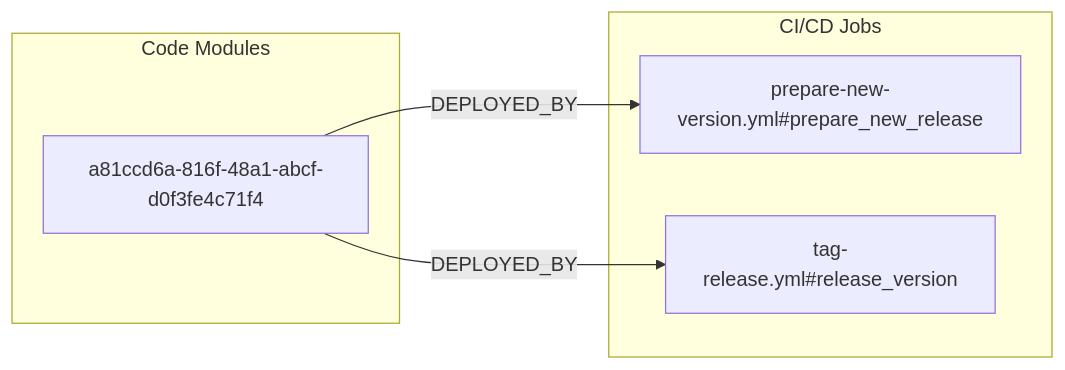
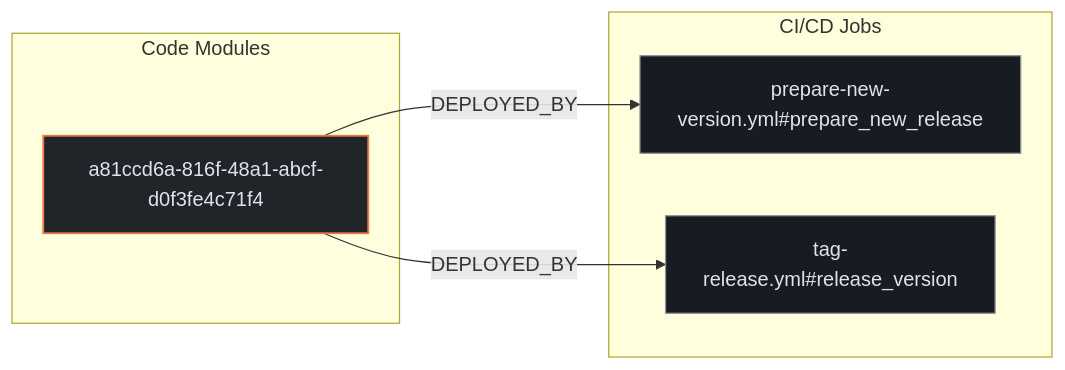
The second of 3 diagrams in exports/latest/reports/goharbor-go-client-report.md (kumarshaz/atruss-code-atlas), drawn with Mermaid before and after one commit. The commit also changed other lines of this file and 331 other files, not shown here.

Commit message:
docs,ui,fix: update SDLC docs, reorder CI/CD DAG first, stylize Mermaid, and fix Arc42 pipeline topology

````diff
--- a/exports/latest/reports/goharbor-go-client-report.md
+++ b/exports/latest/reports/goharbor-go-client-report.md
@@ -179,12 +186,16 @@
 ```mermaid
 flowchart LR
+    classDef atlasCategory fill:#212428,stroke:#E87A48,stroke-width:1.5px,color:#dfe3eb
+    classDef atlasWorkflow fill:#1b2026,stroke:#a3c9ff,stroke-width:1.5px,color:#dfe3eb
+    classDef atlasJob fill:#171c22,stroke:#8d9199,stroke-width:1px,color:#dfe3eb
+    classDef atlasTarget fill:#005227,stroke:#8bd99b,stroke-width:1.5px,color:#a7f6b6
     subgraph code_modules["Code Modules"]
-        mod_a81ccd6a_816f_48a1_abcf_d0f3fe4c71f4["a81ccd6a-816f-48a1-abcf-d0f3fe4c71f4"]
+        mod_a81ccd6a_816f_48a1_abcf_d0f3fe4c71f4["a81ccd6a-816f-48a1-abcf-d0f3fe4c71f4"]:::atlasCategory
     end
     subgraph ci_jobs["CI/CD Jobs"]
-        job_prepare_new_version_yml_prepare_new_release["prepare-new-version.yml#prepare_new_release"]
-        job_tag_release_yml_release_version["tag-release.yml#release_version"]
+        job_prepare_new_version_yml_prepare_new_release["prepare-new-version.yml#prepare_new_release"]:::atlasJob
+        job_tag_release_yml_release_version["tag-release.yml#release_version"]:::atlasJob
     end
     mod_a81ccd6a_816f_48a1_abcf_d0f3fe4c71f4 -->|DEPLOYED_BY| job_prepare_new_version_yml_prepare_new_release
     mod_a81ccd6a_816f_48a1_abcf_d0f3fe4c71f4 -->|DEPLOYED_BY| job_tag_release_yml_release_version
 ```
````
